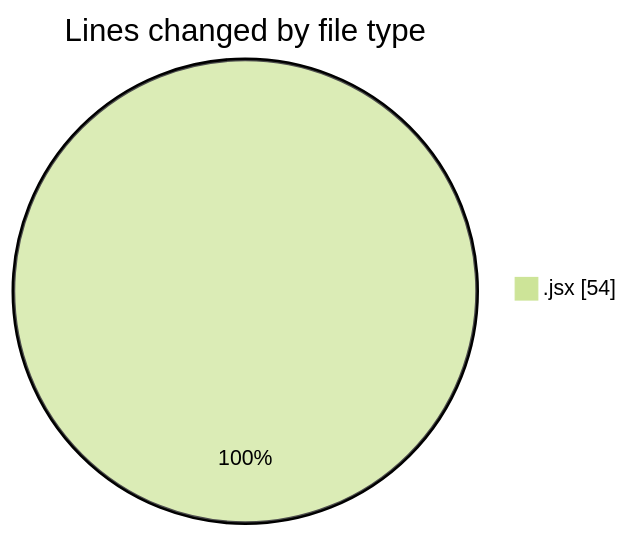
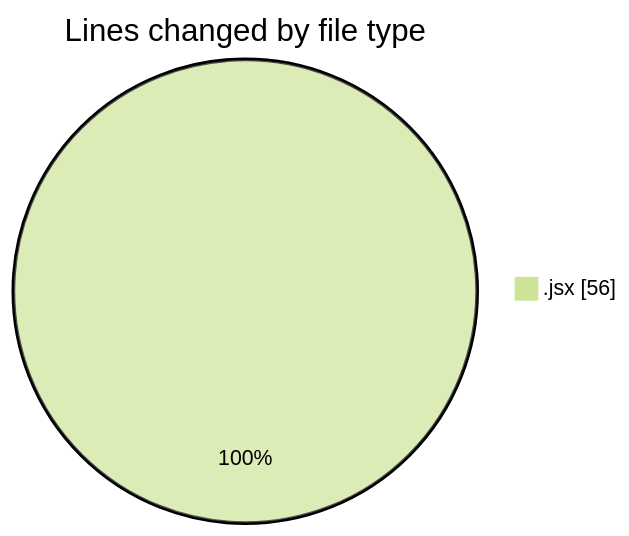
The first of 2 diagrams in 2025-01-29/react/README.md (Elitesun/code-tracking), drawn with Mermaid (forest theme) before and after one commit. The commit also changed other lines of this file and 1 other file, not shown here.

````diff
--- a/2025-01-29/react/README.md
+++ b/2025-01-29/react/README.md
@@ -23,5 +23,5 @@
 ```mermaid
 pie showData
 title Lines changed by file type
-".jsx" : 54
+".jsx" : 56
 ```
````
